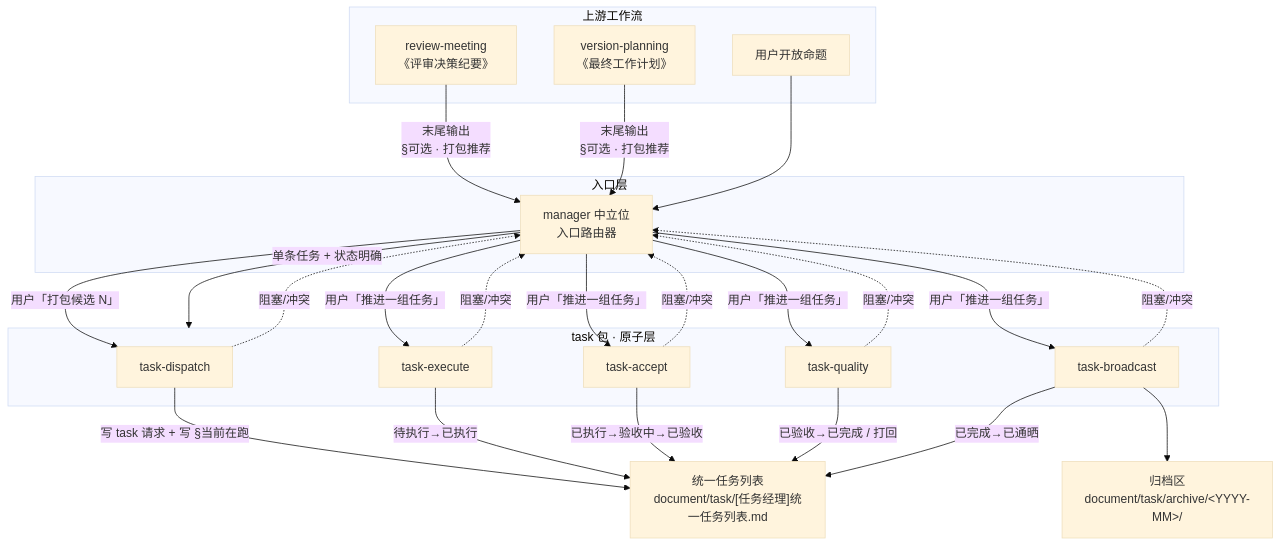
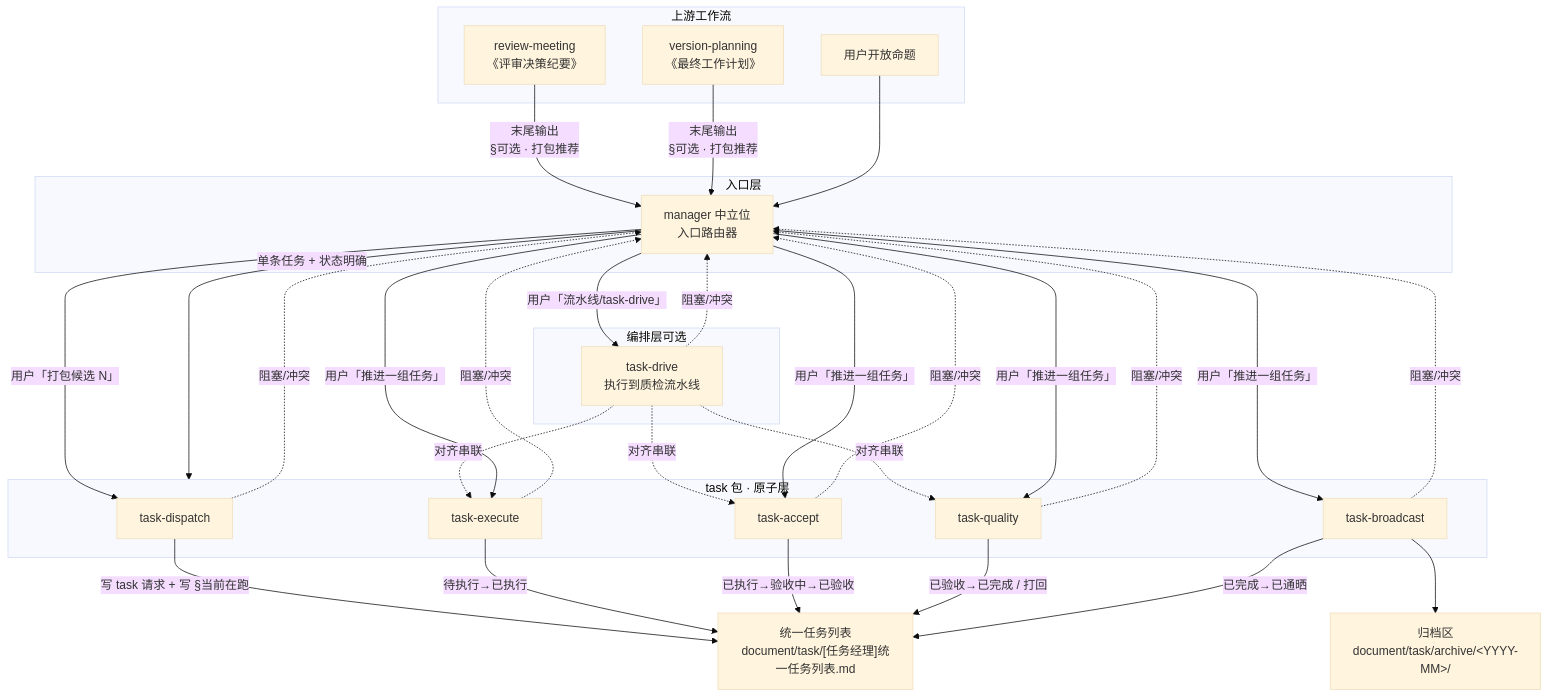
The diagram in .cursor/agents/manager.md (lanjie162/HarmonyTimeStory), drawn with Mermaid (base theme) before and after one commit. The commit also changed other lines of this file and 3 other files, not shown here.

First line of the commit message:
feat(manager): task-drive pipeline and decision guardrails for review-planning skills

````diff
--- a/.cursor/agents/manager.md
+++ b/.cursor/agents/manager.md
@@ -76,48 +79,58 @@
 ```mermaid
 flowchart TD
     subgraph entryLayer [入口层]
         Manager[manager 中立位<br/>入口路由器]
+    end
+
+    subgraph orchLayer [编排层可选]
+        TaskDrive[task-drive<br/>执行到质检流水线]
     end
 
     subgraph upstream [上游工作流]
         Review[review-meeting<br/>《评审决策纪要》]
         Plan[version-planning<br/>《最终工作计划》]
         AdHoc[用户开放命题]
     end
 
     subgraph atomLayer [task 包 · 原子层]
         Dispatch[task-dispatch]
         Execute[task-execute]
         Accept[task-accept]
         Quality[task-quality]
         Broadcast[task-broadcast]
     end
 
     Master["统一任务列表<br/>document/task/[任务经理]统一任务列表.md"]
     Archive["归档区<br/>document/task/archive/&lt;YYYY-MM&gt;/"]
 
     Review -->|"末尾输出<br/>§可选 · 打包推荐"| Manager
     Plan -->|"末尾输出<br/>§可选 · 打包推荐"| Manager
     AdHoc --> Manager
 
+    Manager -->|"用户「流水线/task-drive」"| TaskDrive
+    TaskDrive -.->|"对齐串联"| Execute
+    TaskDrive -.->|"对齐串联"| Accept
+    TaskDrive -.->|"对齐串联"| Quality
+
     Manager -->|"用户「打包候选 N」"| Dispatch
     Manager -->|"用户「推进一组任务」"| Execute
     Manager -->|"用户「推进一组任务」"| Accept
     Manager -->|"用户「推进一组任务」"| Quality
     Manager -->|"用户「推进一组任务」"| Broadcast
     Manager -->|"单条任务 + 状态明确"| atomLayer
 
     Dispatch -->|"写 task 请求 + 写 §当前在跑"| Master
 
     Execute -->|"待执行→已执行"| Master
     Accept -->|"已执行→验收中→已验收"| Master
     Quality -->|"已验收→已完成 / 打回"| Master
     Broadcast -->|"已完成→已通晒"| Master
     Broadcast --> Archive
 
     Dispatch -. 阻塞/冲突 .-> Manager
     Execute -. 阻塞/冲突 .-> Manager
     Accept -. 阻塞/冲突 .-> Manager
     Quality -. 阻塞/冲突 .-> Manager
     Broadcast -. 阻塞/冲突 .-> Manager
+    TaskDrive -. 阻塞/冲突 .-> Manager
 ```
````
